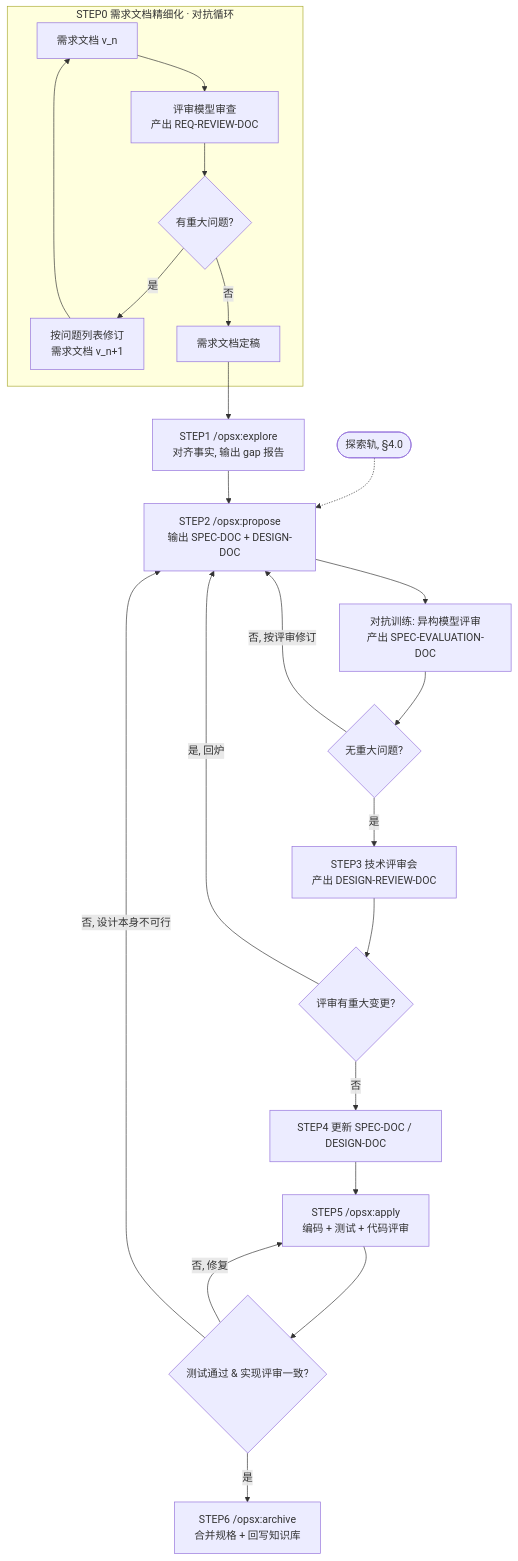
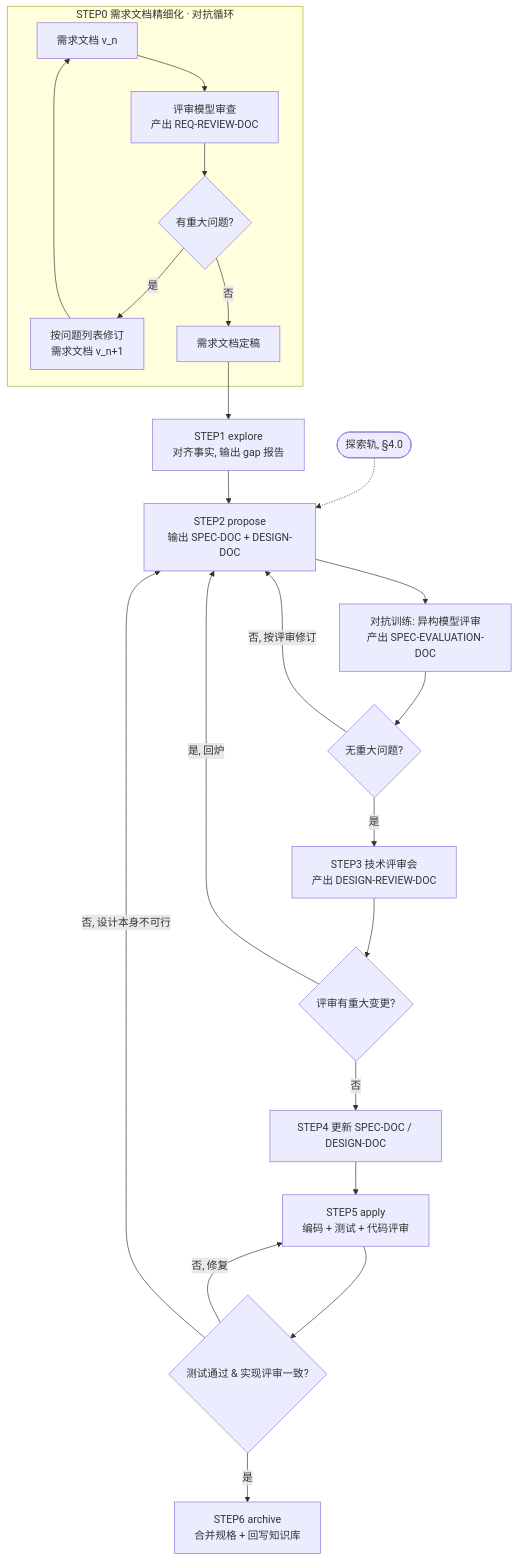
Before and after one commit to Apriorhythm/apriori-spec-development: the second of 3 diagrams in README_cn.md, drawn with Mermaid. The commit also changed other lines of this file and 3 other files, not shown here.

````diff
--- a/README_cn.md
+++ b/README_cn.md
@@ -368,29 +370,28 @@
 ```mermaid
 graph TD
-    %% 节点以适配器命令(/opsx:*)标示接口动作
     X0([探索轨, §4.0]) -.-> C
     subgraph S0[STEP0 需求文档精细化 · 对抗循环]
         A1[需求文档 v_n] --> A2[评审模型审查<br/>产出 REQ-REVIEW-DOC]
         A2 --> A3{有重大问题?}
         A3 -- 是 --> A4[按问题列表修订<br/>需求文档 v_n+1]
         A4 --> A1
         A3 -- 否 --> A5[需求文档定稿]
     end
 
-    A5 --> B[STEP1 /opsx:explore<br/>对齐事实, 输出 gap 报告]
-    B --> C[STEP2 /opsx:propose<br/>输出 SPEC-DOC + DESIGN-DOC]
+    A5 --> B[STEP1 explore<br/>对齐事实, 输出 gap 报告]
+    B --> C[STEP2 propose<br/>输出 SPEC-DOC + DESIGN-DOC]
 
     C --> D[对抗训练: 异构模型评审<br/>产出 SPEC-EVALUATION-DOC]
     D --> D2{无重大问题?}
     D2 -- 否, 按评审修订 --> C
 
     D2 -- 是 --> E[STEP3 技术评审会<br/>产出 DESIGN-REVIEW-DOC]
     E --> F{评审有重大变更?}
     F -- 是, 回炉 --> C
     F -- 否 --> G[STEP4 更新 SPEC-DOC / DESIGN-DOC]
-    G --> H[STEP5 /opsx:apply<br/>编码 + 测试 + 代码评审]
+    G --> H[STEP5 apply<br/>编码 + 测试 + 代码评审]
     H --> H2{测试通过 & 实现评审一致?}
     H2 -- 否, 修复 --> H
     H2 -- 否, 设计本身不可行 --> C
-    H2 -- 是 --> I[STEP6 /opsx:archive<br/>合并规格 + 回写知识库]
+    H2 -- 是 --> I[STEP6 archive<br/>合并规格 + 回写知识库]
 ```
````
